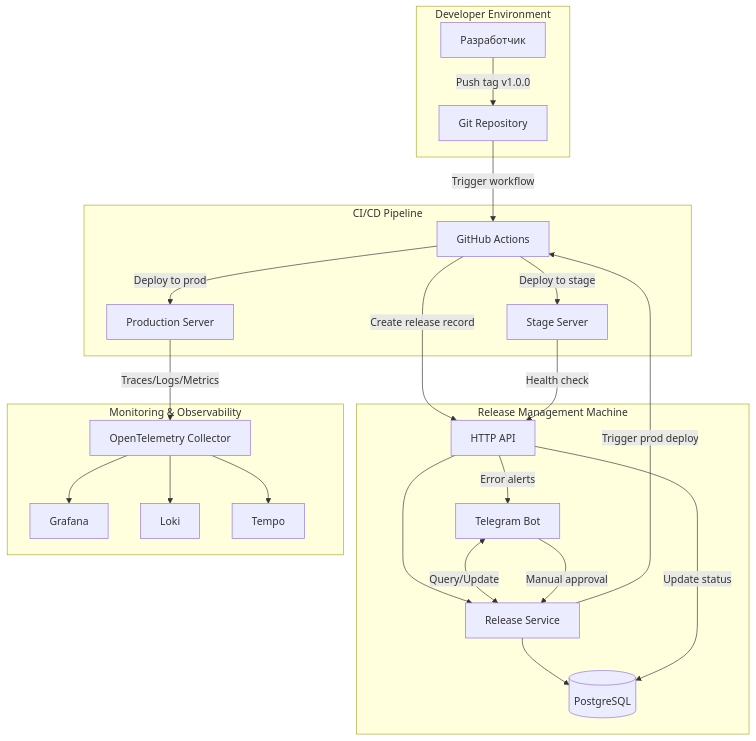
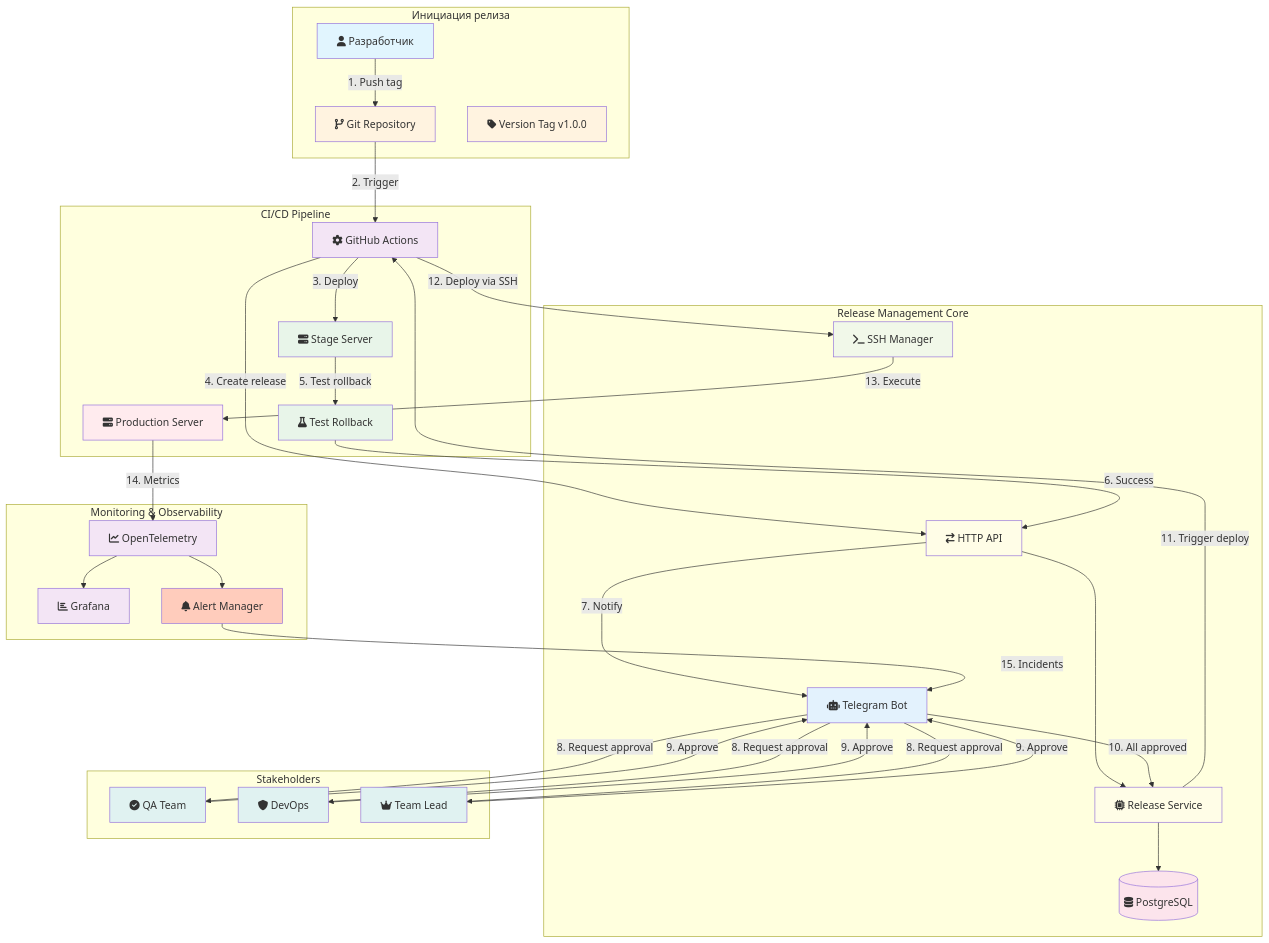
One commit to mmdev2003/release-machine changed the first of 10 diagrams in name-release-machine/README.md. Above: the diagram before and after it, drawn with Mermaid. The commit also changed other lines of this file, not shown here.

Commit message:
Обновил readme для release-machine

````diff
--- a/name-release-machine/README.md
+++ b/name-release-machine/README.md
@@ -45,51 +59,84 @@
 ```mermaid
 graph TB
-    subgraph "Developer Environment"
-        DEV[Разработчик]
-        GIT[Git Repository]
+    subgraph "Инициация релиза"
+        DEV[fa:fa-user Разработчик]
+        GIT[fa:fa-code-branch Git Repository]
+        TAG[fa:fa-tag Version Tag v1.0.0]
     end
 
     subgraph "CI/CD Pipeline"
-        GHA[GitHub Actions]
-        STAGE[Stage Server]
-        PROD[Production Server]
+        GHA[fa:fa-cog GitHub Actions]
+        STAGE[fa:fa-server Stage Server]
+        TEST[fa:fa-flask Test Rollback]
+        PROD[fa:fa-server Production Server]
     end
 
-    subgraph "Release Management Machine"
-        TG_BOT[Telegram Bot]
-        HTTP_API[HTTP API]
-        DB[(PostgreSQL)]
-        RELEASE_SVC[Release Service]
+    subgraph "Release Management Core"
+        API[fa:fa-exchange HTTP API]
+        BOT[fa:fa-robot Telegram Bot]
+        DB[(fa:fa-database PostgreSQL)]
+        SERVICE[fa:fa-microchip Release Service]
+        SSH[fa:fa-terminal SSH Manager]
     end
 
     subgraph "Monitoring & Observability"
-        OTEL[OpenTelemetry Collector]
-        GRAFANA[Grafana]
-        LOKI[Loki]
-        TEMPO[Tempo]
+        OTEL[fa:fa-chart-line OpenTelemetry]
+        GRAFANA[fa:fa-chart-bar Grafana]
+        ALERT[fa:fa-bell Alert Manager]
     end
 
-    DEV -->|Push tag v1.0.0| GIT
-    GIT -->|Trigger workflow| GHA
-    GHA -->|Deploy to stage| STAGE
-    GHA -->|Create release record| HTTP_API
+    subgraph "Stakeholders"
+        QA[fa:fa-check-circle QA Team]
+        DEVOPS[fa:fa-shield DevOps]
+        LEAD[fa:fa-crown Team Lead]
+    end
+
+    DEV -->|1. Push tag| GIT
+    GIT -->|2. Trigger| GHA
+    GHA -->|3. Deploy| STAGE
+    GHA -->|4. Create release| API
     
-    HTTP_API --> RELEASE_SVC
-    RELEASE_SVC --> DB
+    API --> SERVICE
+    SERVICE --> DB
     
-    TG_BOT <-->|Query/Update| RELEASE_SVC
+    STAGE -->|5. Test rollback| TEST
+    TEST -->|6. Success| API
     
-    STAGE -->|Health check| HTTP_API
-    HTTP_API -->|Update status| DB
+    API -->|7. Notify| BOT
+    BOT -->|8. Request approval| QA
+    BOT -->|8. Request approval| DEVOPS
+    BOT -->|8. Request approval| LEAD
     
-    TG_BOT -->|Manual approval| RELEASE_SVC
-    RELEASE_SVC -->|Trigger prod deploy| GHA
-    GHA -->|Deploy to prod| PROD
+    QA -->|9. Approve| BOT
+    DEVOPS -->|9. Approve| BOT
+    LEAD -->|9. Approve| BOT
     
-    PROD -->|Traces/Logs/Metrics| OTEL
+    BOT -->|10. All approved| SERVICE
+    SERVICE -->|11. Trigger deploy| GHA
+    GHA -->|12. Deploy via SSH| SSH
+    SSH -->|13. Execute| PROD
+    
+    PROD -->|14. Metrics| OTEL
     OTEL --> GRAFANA
-    OTEL --> LOKI
-    OTEL --> TEMPO
-    
-    HTTP_API -->|Error alerts| TG_BOT
+    OTEL --> ALERT
+    ALERT -->|15. Incidents| BOT
+
+    style DEV fill:#e1f5fe
+    style GIT fill:#fff3e0
+    style TAG fill:#fff3e0
+    style GHA fill:#f3e5f5
+    style STAGE fill:#e8f5e9
+    style TEST fill:#e8f5e9
+    style PROD fill:#ffebee
+    style API fill:#fffde7
+    style BOT fill:#e3f2fd
+    style DB fill:#fce4ec
+    style SERVICE fill:#fffde7
+    style SSH fill:#f1f8e9
+    style QA fill:#e0f2f1
+    style DEVOPS fill:#e0f2f1
+    style LEAD fill:#e0f2f1
+    style OTEL fill:#f3e5f5
+    style GRAFANA fill:#f3e5f5
+    style ALERT fill:#ffccbc
 ```
````
